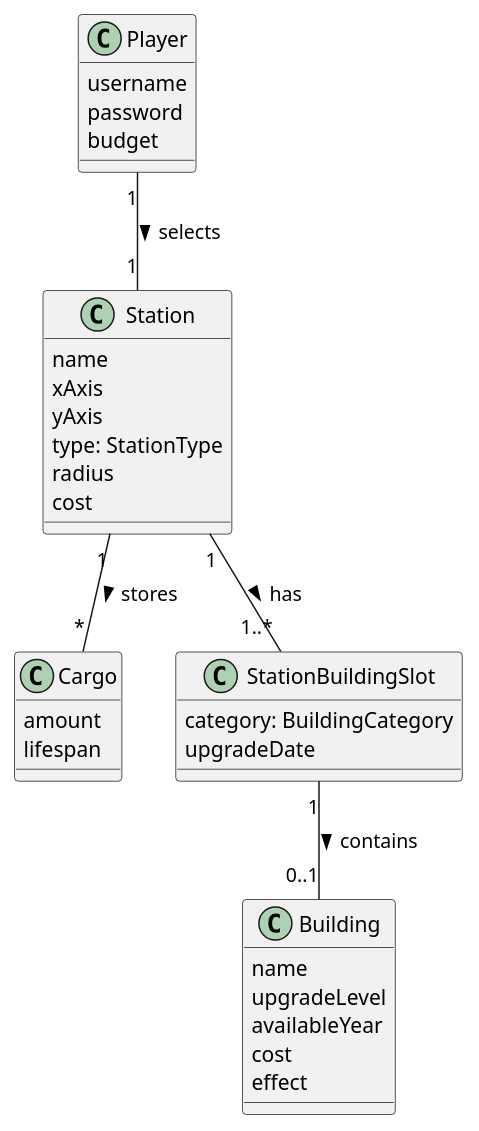
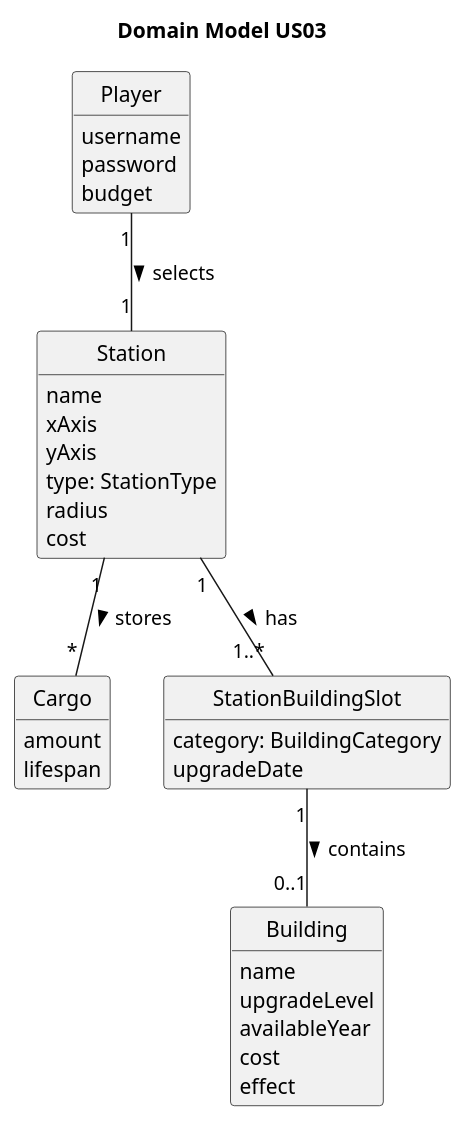
The diagram in docs/system-documentation/Sprint 1/US07/02.analysis/puml/US007-DM.puml (HenriqueSilva18/Railway-Network-Simulator), drawn with PlantUML before and after one commit.

Commit message:
US07 - Fixing an error on domain excert

```diff
--- a/docs/system-documentation/Sprint 1/US07/02.analysis/puml/US007-DM.puml
+++ b/docs/system-documentation/Sprint 1/US07/02.analysis/puml/US007-DM.puml
@@ -1,41 +1,54 @@
 @startuml
+
+skinparam monochrome true
+skinparam packageStyle rectangle
+skinparam shadowing false
+
+'left to right direction
+
+skinparam classAttributeIconSize 0
+
+hide circle
+hide methods
+
+title Domain Model US03
 
 class Player {
     username
     password
     budget
   }
 
 class Station {
     name
     xAxis
     yAxis
     type: StationType
     radius
     cost
   }
 
 class Cargo {
    amount
    lifespan
   }
 
 class Building {
     name
     upgradeLevel
     availableYear
     cost
     effect
   }
 
   class StationBuildingSlot {
     category: BuildingCategory
     upgradeDate
   }
 
 Player "1" -- "1" Station : selects >
 Station "1" -- "*" Cargo : stores >
 Station "1" -- "1..*" StationBuildingSlot : has >
 StationBuildingSlot "1" -- "0..1" Building : contains >
 
 @enduml
```
